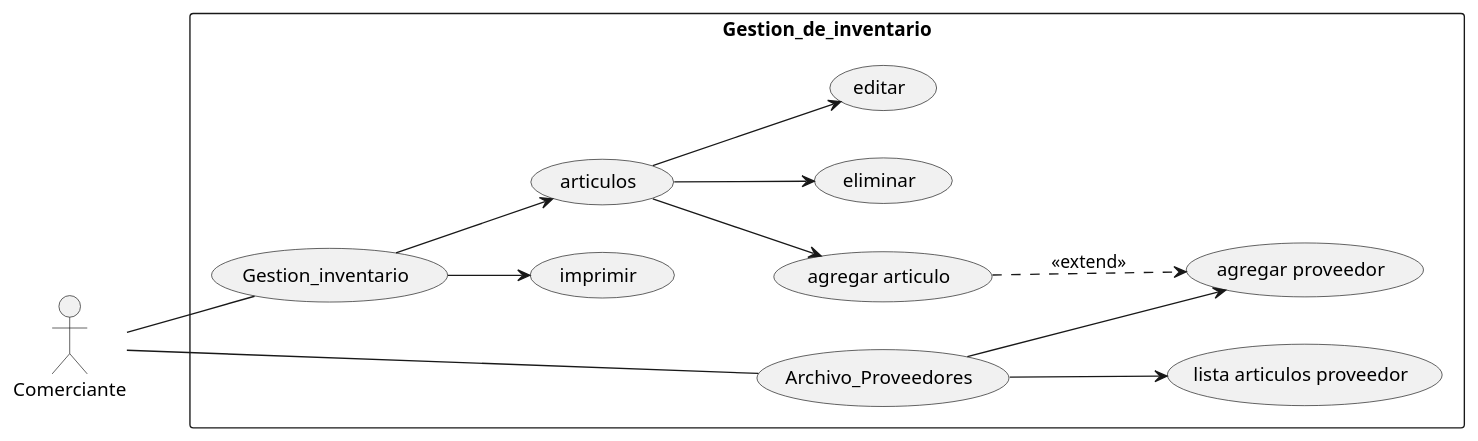
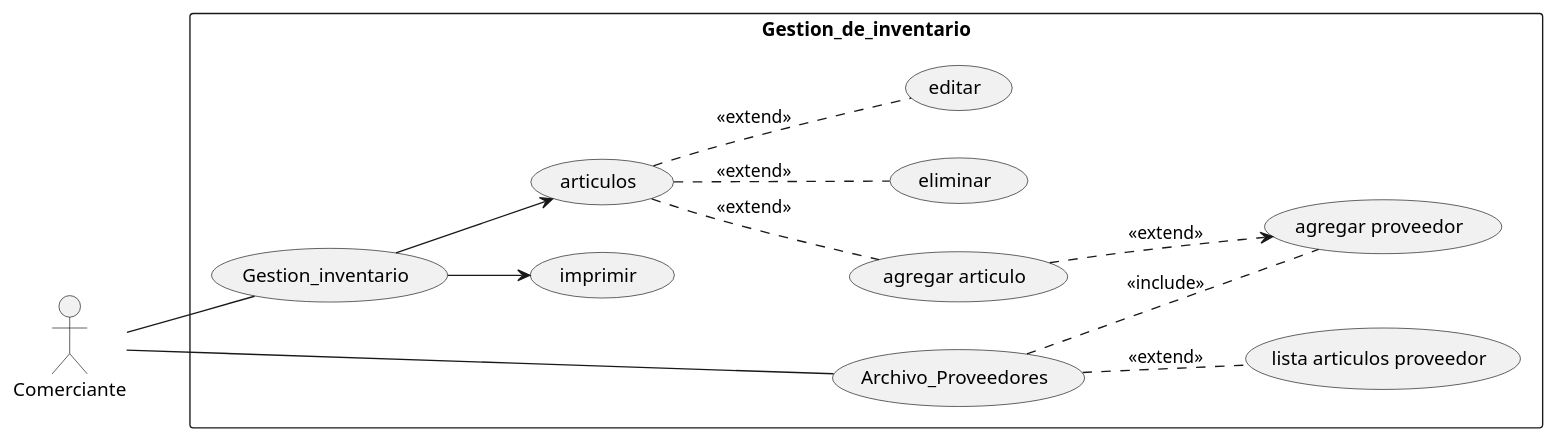
Before and after one commit to SandraLucioni/EntornosDeDesarrollo: the diagram in homeworkOne/tienda.puml, drawn with PlantUML. The commit also changed 1 other file, not shown here.

```diff
--- a/homeworkOne/tienda.puml
+++ b/homeworkOne/tienda.puml
@@ -1,29 +1,29 @@
 @startuml tienda
 'https://plantuml.com/es/use-case-diagram
 'En una tienda, un comerciante dispone de un sistema para gestionar su almacén.
 'El sistema incluye las siguientes funciones:
 '•Gestión de archivo de proveedores.
 '•Posibilidad de agregar un nuevo artículo (en este caso, el archivo de proveedores se actualiza automáticamente. Si el proveedor no existe, se puede crear).
 '•Gestión del inventario. Desde esta pantalla, se tiene la opción de imprimir el inventario, eliminar un artículo o editar el archivo de artículos).
 left to right direction
 skinparam packageStyle rectangle
 
 actor Comerciante
 
 rectangle Gestion_de_inventario {
 
 Comerciante -- (Archivo_Proveedores)
-    (Archivo_Proveedores) --> (agregar proveedor)
-    (Archivo_Proveedores) --> (lista articulos proveedor)
+    (Archivo_Proveedores) .. (agregar proveedor) : <<include>>
+    (Archivo_Proveedores) .. (lista articulos proveedor) : <<extend>>
 Comerciante -- (Gestion_inventario)
     (Gestion_inventario) --> (imprimir)
     (Gestion_inventario) --> (articulos)
-        (articulos) --> (agregar articulo)
-        (articulos) --> (eliminar)
-        (articulos) --> (editar)
+        (articulos) .. (agregar articulo): <<extend>>
+        (articulos) .. (eliminar): <<extend>>
+        (articulos) .. (editar): <<extend>>
 
 (agregar articulo) ..> (agregar proveedor) : <<extend>>
 
 }
 
 @enduml
```
